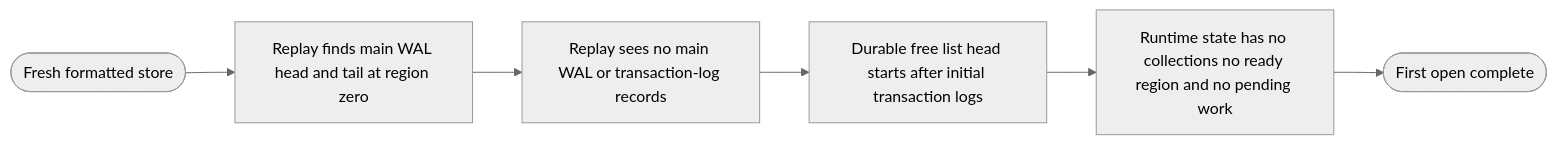
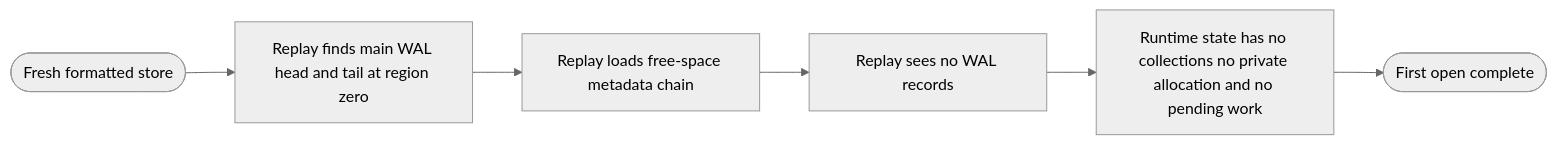
One commit to moore/borromean changed the third of 3 diagrams in spec/ring/08-durability-formatting.md. Above: the diagram before and after it, drawn with Mermaid (neutral theme). The commit also changed other lines of this file and 10 other files, not shown here.

Commit message:
update free region tracking

````diff
--- a/spec/ring/08-durability-formatting.md
+++ b/spec/ring/08-durability-formatting.md
@@ -338,12 +403,12 @@
 ```mermaid
 %%{init: {"flowchart": {"wrappingWidth": 180}} }%%
 flowchart LR
     Fresh([Fresh formatted store])
     FindTail["`Replay finds main WAL head and tail at region zero`"]
-    NoWal["`Replay sees no main WAL or transaction-log records`"]
-    DurableHead["`Durable free list head starts after initial transaction logs`"]
-    Runtime["`Runtime state has no collections no ready region and no pending work`"]
+    LoadFree["`Replay loads free-space metadata chain`"]
+    NoWal["`Replay sees no WAL records`"]
+    Runtime["`Runtime state has no collections no private allocation and no pending work`"]
     OpenReady([First open complete])
 
-    Fresh --> FindTail --> NoWal --> DurableHead --> Runtime --> OpenReady
+    Fresh --> FindTail --> LoadFree --> NoWal --> Runtime --> OpenReady
 ```
````
